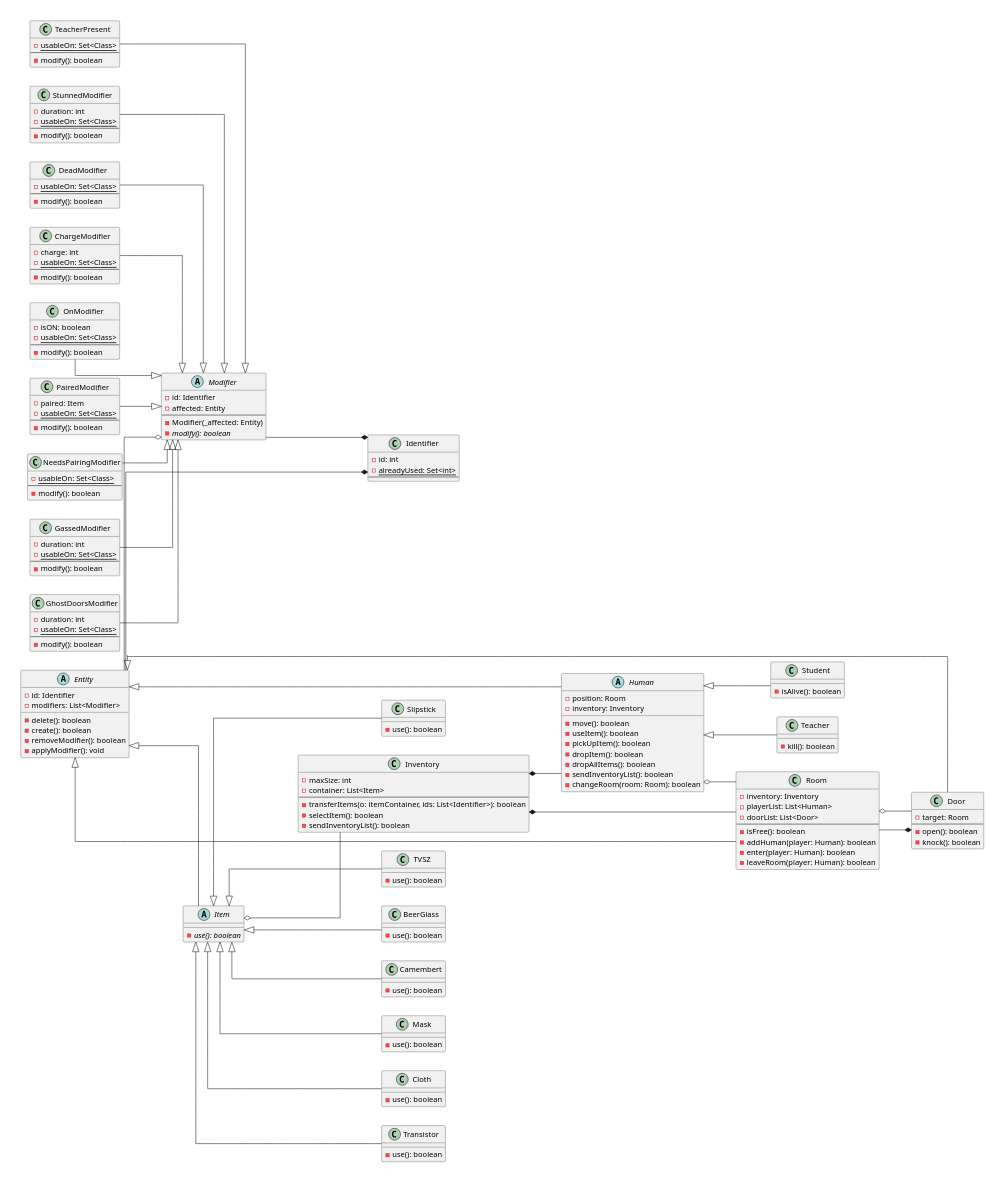
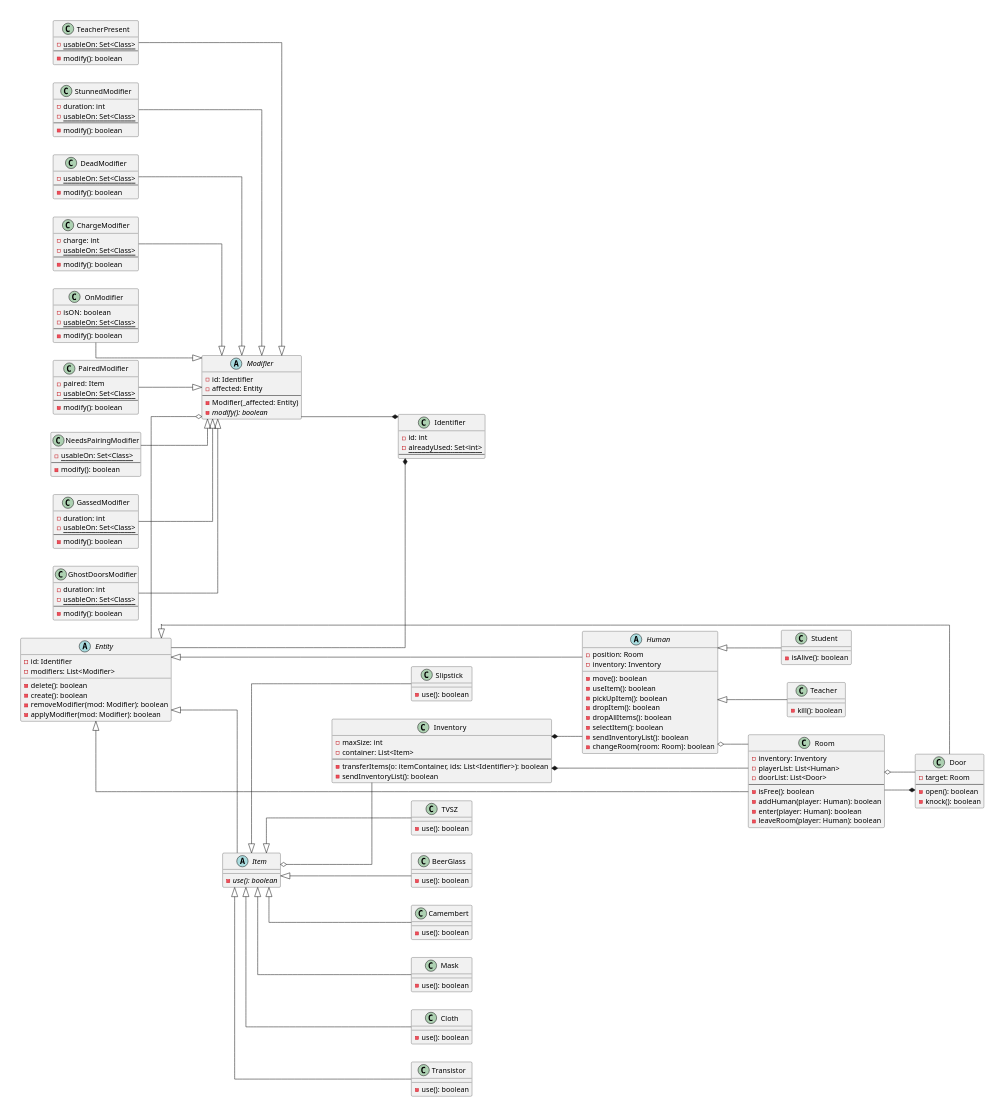
The diagram in resources/class_diagram/basic.puml (MysticMazeEducators/.github), drawn with PlantUML before and after one commit.

Commit message:
Few changes on functions

```diff
--- a/resources/class_diagram/basic.puml
+++ b/resources/class_diagram/basic.puml
@@ -1,200 +1,200 @@
 @startuml
 scale 500 width
 left to right direction
 skinparam linetype ortho
 
 class Identifier{
   -id: int
   -alreadyUsed: Set<int> {static}
   --
 }
 
 abstract class Modifier{
   -id: Identifier
   -affected: Entity
   --
   -Modifier(_affected: Entity)
   -modify(): boolean {abstract}
 }
 
 'Item modifiers
 class ChargeModifier{
   -charge: int
   -usableOn: Set<Class> {static}
   --
   -modify(): boolean
 }
 
 class OnModifier{
   -isON: boolean
   -usableOn: Set<Class> {static}
   --
   -modify(): boolean
 }
 
 class PairedModifier{
   -paired: Item
   -usableOn: Set<Class> {static}
   --
   -modify(): boolean
 }
 
 class NeedsPairingModifier{
   -usableOn: Set<Class> {static}
   --
   -modify(): boolean
 }
 
 'Room modifiers
 class GassedModifier{
   -duration: int
   -usableOn: Set<Class> {static}
   --
   -modify(): boolean
 }
 
 class GhostDoorsModifier{
   -duration: int
   -usableOn: Set<Class> {static}
   --
   -modify(): boolean
 }
 
 class TeacherPresent{
   -usableOn: Set<Class> {static}
   --
   -modify(): boolean
 }
 
 
 'Human modifiers
 class StunnedModifier{
   -duration: int
   -usableOn: Set<Class> {static}
   --
   -modify(): boolean
 }
 
 class DeadModifier{
   -usableOn: Set<Class> {static}
   --
   -modify(): boolean
 }
 
 abstract class Entity{
   -id: Identifier
   -modifiers: List<Modifier>
   __
   -delete(): boolean
   -create(): boolean
-  -removeModifier(): boolean
-  -applyModifier(): void
+  -removeModifier(mod: Modifier): boolean
+  -applyModifier(mod: Modifier): boolean
 }
 
 abstract class Human{
   -position: Room
   -inventory: Inventory
   __
   -move(): boolean
   -useItem(): boolean
   -pickUpItem(): boolean
   -dropItem(): boolean
   -dropAllItems(): boolean
+  -selectItem(): boolean
   -sendInventoryList(): boolean
   -changeRoom(room: Room): boolean
 }
 class Student{
   -isAlive(): boolean
 }
 class Teacher{
   -kill(): boolean
 }
 abstract class Item{
   -use(): boolean {abstract}
 }
 class TVSZ{
   __
   -use(): boolean
 }
 class BeerGlass{
   __
   -use(): boolean
 }
 class Camembert{
   __
   -use(): boolean
 }
 class Mask{
   __
   -use(): boolean
 }
 class Cloth{
   __
   -use(): boolean
 }
 class Transistor{
   __
   -use(): boolean
 }
 class Slipstick{
   __
   -use(): boolean
 }
 class Door{
   -target: Room
   --
   -open(): boolean
   -knock(): boolean
 }
 class Room{
  -inventory: Inventory
  -playerList: List<Human>
  -doorList: List<Door>
  --
  -isFree(): boolean
  -addHuman(player: Human): boolean
  -enter(player: Human): boolean
  -leaveRoom(player: Human): boolean
 }
 class Inventory{
  -maxSize: int
  -container: List<Item>
  --
  -transferItems(o: itemContainer, ids: List<Identifier>): boolean
- -selectItem(): boolean
  -sendInventoryList(): boolean
 }
 
 ChargeModifier --|> Modifier
 OnModifier --|> Modifier
 GassedModifier --|> Modifier
 GhostDoorsModifier --|> Modifier
 StunnedModifier --|> Modifier
 DeadModifier --|> Modifier
 PairedModifier --|> Modifier
 TeacherPresent --|> Modifier
 NeedsPairingModifier --|> Modifier
 
 Modifier --* Identifier
 Entity --* Identifier
 Entity --o Modifier
 Entity <|-- Human
 Entity <|-- Item
 Entity <|-- Room
 Entity <|-- Door
 Human <|-- Student
 Human <|-- Teacher
 Inventory *-- Human
 Inventory *-- Room
 Item <|-- TVSZ
 Item <|-- BeerGlass
 Item <|-- Camembert
 Item <|-- Mask
 Item <|-- Cloth
 Item <|-- Transistor
 Item <|-- Slipstick
 Item o-- Inventory
 Door *-- Room
 Room o-- Door
 Human o-- Room
 @enduml
```
